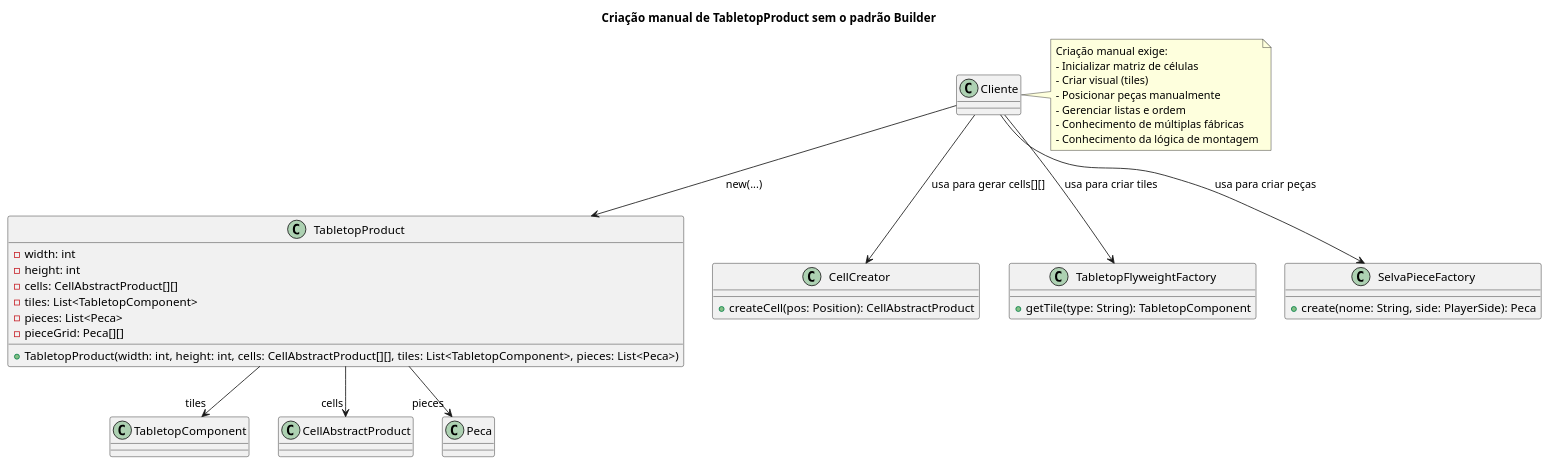
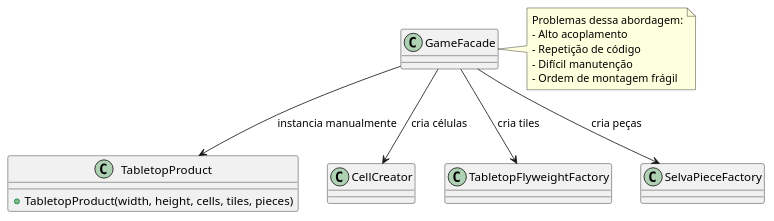
One commit to 20242-ifba-saj-ads-ppr/framework-equipe2 changed the first of 16 diagrams in README.md. Above: the diagram before and after it, drawn with PlantUML. The commit also changed other lines of this file and 4 other files, not shown here.

````diff
--- a/README.md
+++ b/README.md
@@ -40,50 +42,25 @@
 ```plantuml
 @startuml
-title Criação manual de TabletopProduct sem o padrão Builder
-
-' Classes principais envolvidas
 class TabletopProduct {
-  - width: int
-  - height: int
-  - cells: CellAbstractProduct[][]
-  - tiles: List<TabletopComponent>
-  - pieces: List<Peca>
-  - pieceGrid: Peca[][]
-  + TabletopProduct(width: int, height: int, cells: CellAbstractProduct[][], tiles: List<TabletopComponent>, pieces: List<Peca>)
+  + TabletopProduct(width, height, cells, tiles, pieces)
 }
 
-class CellCreator {
-  + createCell(pos: Position): CellAbstractProduct
-}
+class CellCreator
+class TabletopFlyweightFactory
+class SelvaPieceFactory
 
-class TabletopFlyweightFactory {
-  + getTile(type: String): TabletopComponent
-}
+GameFacade--> CellCreator : cria células
+GameFacade--> TabletopFlyweightFactory : cria tiles
+GameFacade--> SelvaPieceFactory : cria peças
+GameFacade--> TabletopProduct : instancia manualmente
 
-class SelvaPieceFactory {
-  + create(nome: String, side: PlayerSide): Peca
-}
-
-class Cliente
-
-' Relações
-Cliente --> TabletopProduct : new(...)
-Cliente --> CellCreator : usa para gerar cells[][]
-Cliente --> TabletopFlyweightFactory : usa para criar tiles
-Cliente --> SelvaPieceFactory : usa para criar peças
-TabletopProduct --> "tiles" TabletopComponent
-TabletopProduct --> "cells" CellAbstractProduct
-TabletopProduct --> "pieces" Peca
-
-' Exemplo de dificuldade textual
-note right of Cliente
-Criação manual exige:
-- Inicializar matriz de células
-- Criar visual (tiles)
-- Posicionar peças manualmente
-- Gerenciar listas e ordem
-- Conhecimento de múltiplas fábricas
-- Conhecimento da lógica de montagem
+note right of GameFacade
+Problemas dessa abordagem:
+- Alto acoplamento
+- Repetição de código
+- Difícil manutenção
+- Ordem de montagem frágil
 end note
 @enduml
+
 ```
````
